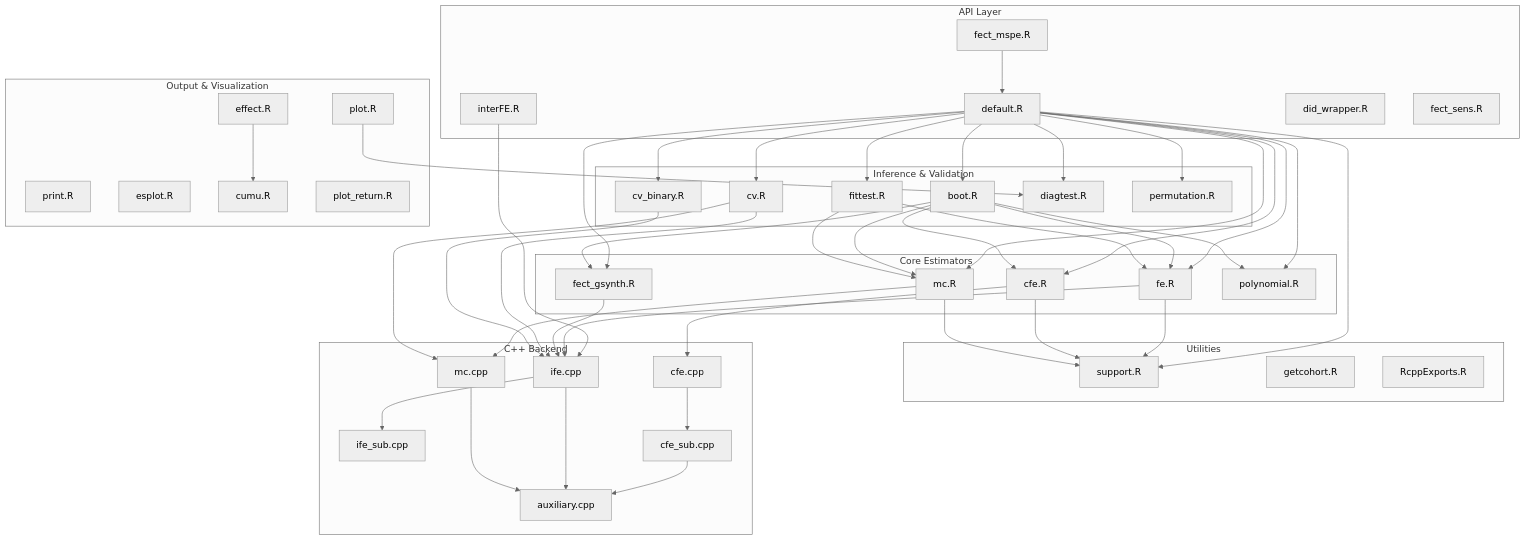
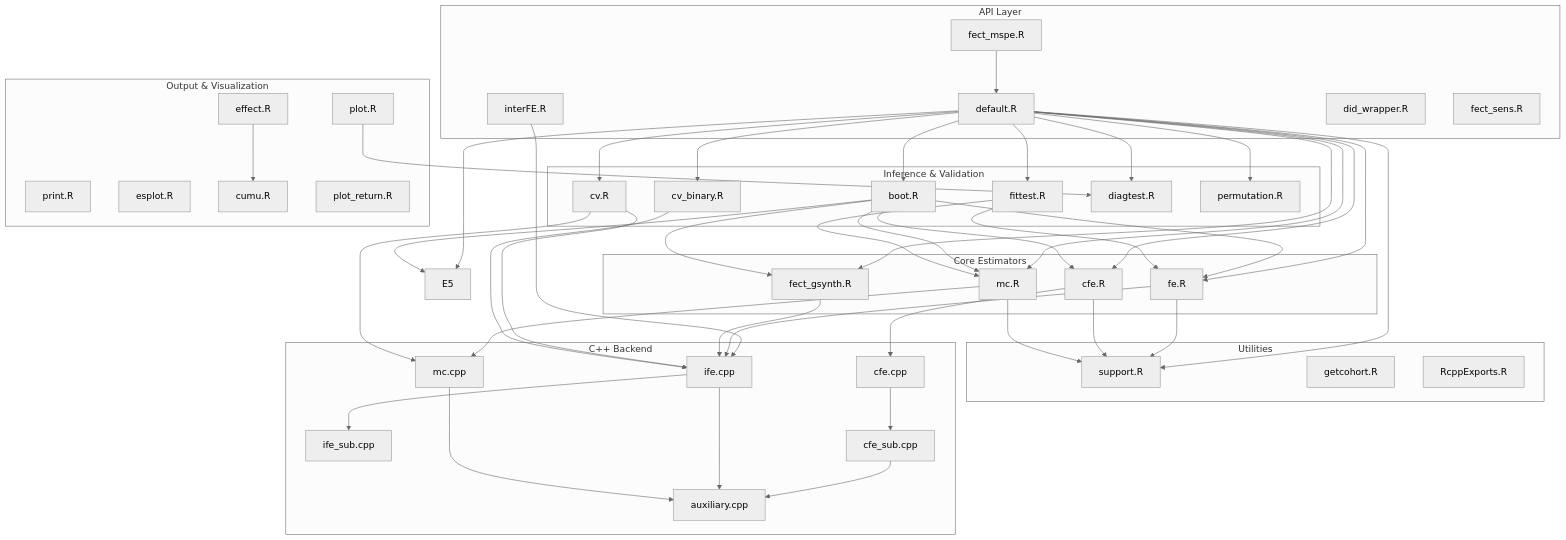
One commit to xuyiqing/fect changed the first of 4 diagrams in architecture.md. Above: the diagram before and after it, drawn with Mermaid. The commit also changed other lines of this file and 11 other files, not shown here.

```diff
--- a/architecture.md
+++ b/architecture.md
@@ -26,7 +26,6 @@
         E2["cfe.R"]
         E3["mc.R"]
         E4["fect_gsynth.R"]
-        E5["polynomial.R"]
     end
 
     subgraph Inference["Inference & Validation"]
```
